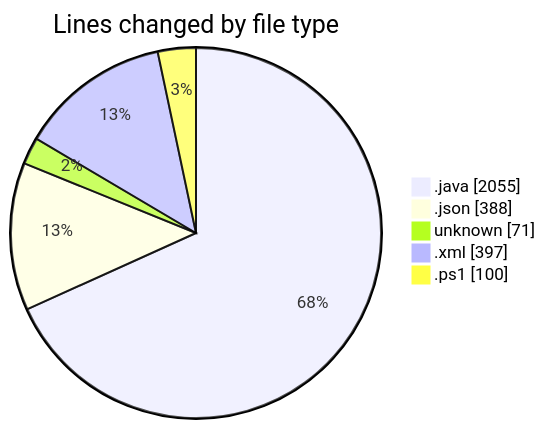
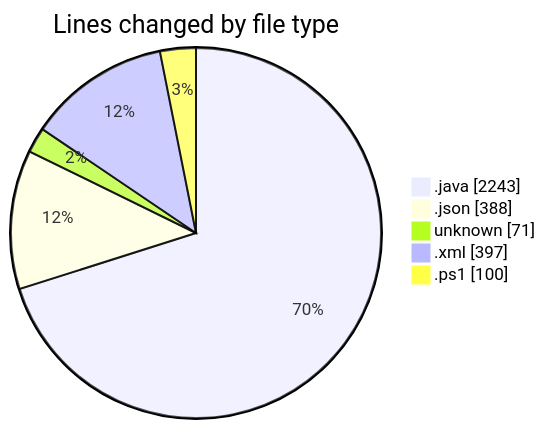
One commit to charlie-sans/code-tracking changed the first of 2 diagrams in 2025-02-25/micros/README.md. Above: the diagram before and after it, drawn with Mermaid. The commit also changed other lines of this file and 1 other file, not shown here.

````diff
--- a/2025-02-25/micros/README.md
+++ b/2025-02-25/micros/README.md
@@ -29,9 +30,9 @@
 ```mermaid
 pie showData
 title Lines changed by file type
-".java" : 2055
+".java" : 2243
 ".json" : 388
 "unknown" : 71
 ".xml" : 397
 ".ps1" : 100
 ```
````
